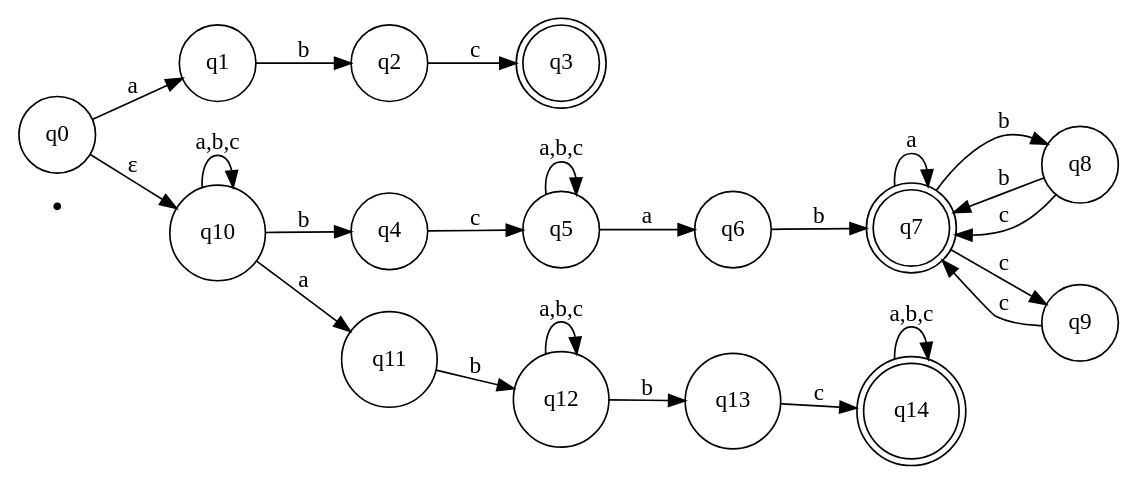
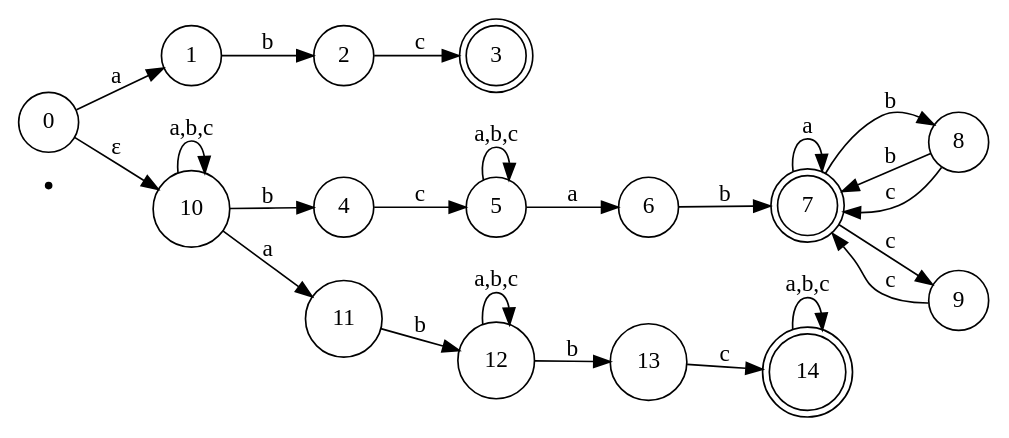
One commit to platiumgold/RoFL changed the diagram in lab2/automatas/mini_nfa.dot. Above: the diagram before and after it, drawn with Graphviz.

Commit message:
add uniformity

```diff
--- a/lab2/automatas/mini_nfa.dot
+++ b/lab2/automatas/mini_nfa.dot
@@ -1,39 +1,39 @@
 digraph NFA {
   rankdir=LR;
 
   node [shape = circle];
 
   node [shape = point]; start;
   node [shape = circle];
 
-  node [shape = doublecircle]; q3 q7 q14;
+  node [shape = doublecircle]; 3 7 14;
   node [shape = circle];
   
   // abc
-  q0 -> q1 [label="a"];
-  q1 -> q2 [label="b"];
-  q2 -> q3 [label="c"];
+  0 -> 1 [label="a"];
+  1 -> 2 [label="b"];
+  2 -> 3 [label="c"];
 
   // ((a|b|c)*bc(a|b|c)*ab(a|bc|cc|bb)*)
-  q10 -> q4 [label="b"];
-  q4 -> q5 [label="c"];
-  q5 -> q5 [label="a,b,c"];
-  q5 -> q6 [label="a"];
-  q6 -> q7 [label="b"];
-  q7 -> q7 [label="a"];
-  q7 -> q8 [label="b"];
-  q8 -> q7 [label="b"];
-  q8 -> q7 [label="c"];
-  q7 -> q9 [label="c"];
-  q9 -> q7 [label="c"];
+  10 -> 4 [label="b"];
+  4 -> 5 [label="c"];
+  5 -> 5 [label="a,b,c"];
+  5 -> 6 [label="a"];
+  6 -> 7 [label="b"];
+  7 -> 7 [label="a"];
+  7 -> 8 [label="b"];
+  8 -> 7 [label="b"];
+  8 -> 7 [label="c"];
+  7 -> 9 [label="c"];
+  9 -> 7 [label="c"];
 
   // ((a|b|c)*ab(a|b|c)*bc(a|b|c)*)
-  q0 -> q10 [label="ε"];
-  q10 -> q10 [label="a,b,c"];
-  q10 -> q11 [label="a"];
-  q11 -> q12 [label="b"];
-  q12 -> q12 [label="a,b,c"];
-  q12 -> q13 [label="b"];
-  q13 -> q14 [label="c"];
-  q14 -> q14 [label="a,b,c"];
+  0 -> 10 [label="ε"];
+  10 -> 10 [label="a,b,c"];
+  10 -> 11 [label="a"];
+  11 -> 12 [label="b"];
+  12 -> 12 [label="a,b,c"];
+  12 -> 13 [label="b"];
+  13 -> 14 [label="c"];
+  14 -> 14 [label="a,b,c"];
 }
```
